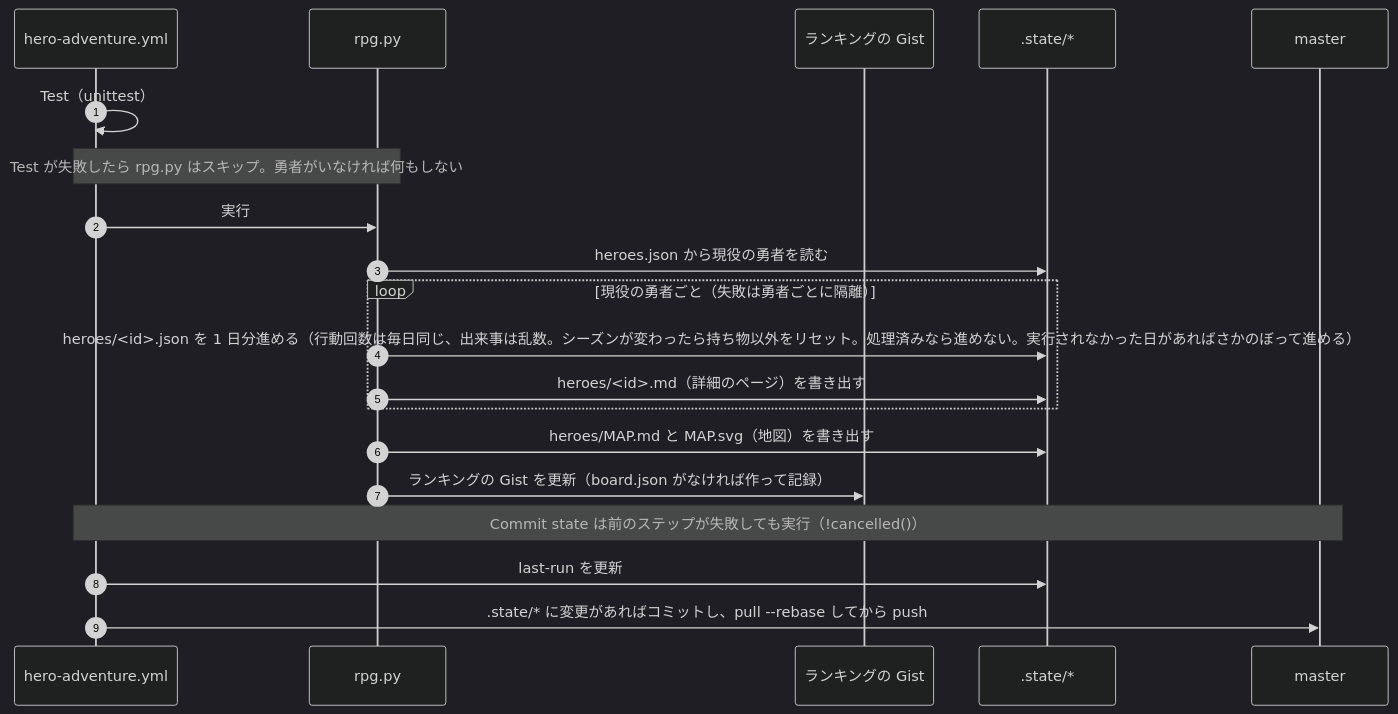
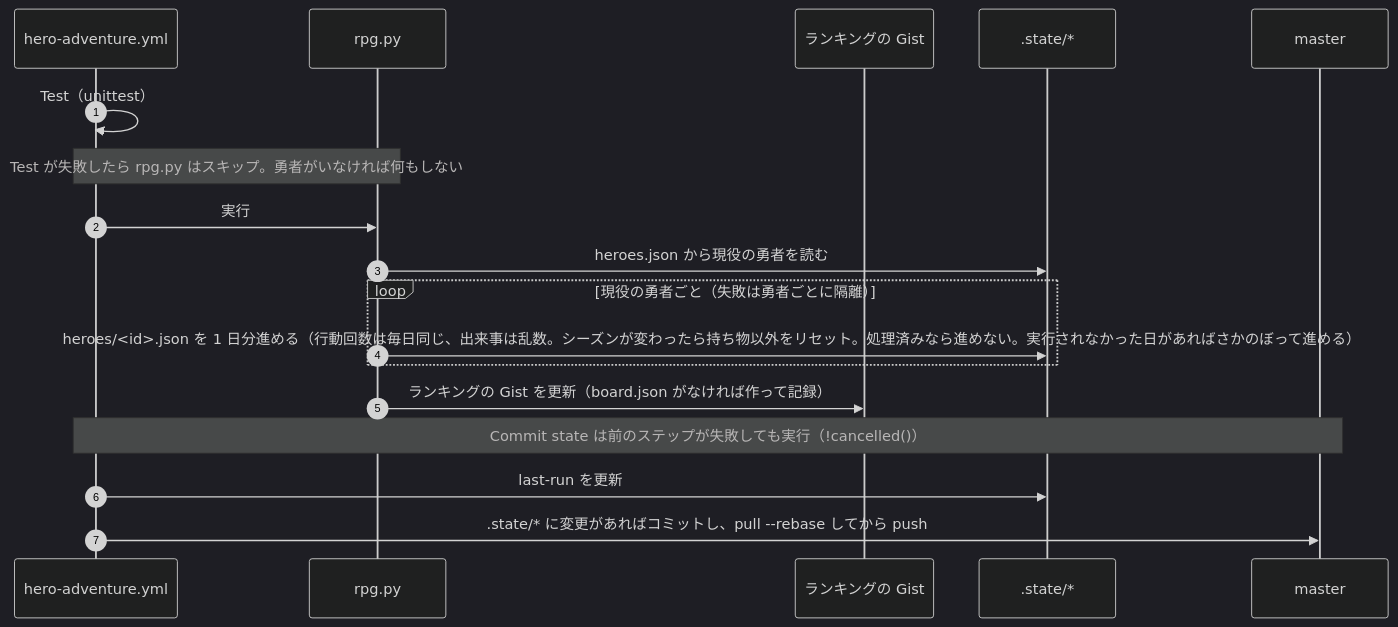
Before and after one commit to ot-nemoto/cryepis: the second of 3 diagrams in docs/DATA_FLOW.md, drawn with Mermaid (dark theme). The commit also changed other lines of this file and 10 other files, not shown here.

First line of the commit message:
feat: heroes/ の詳細のページと地図をリポジトリに保存するのをやめ、サイトだけにする

````diff
--- a/docs/DATA_FLOW.md
+++ b/docs/DATA_FLOW.md
@@ -74,23 +72,21 @@
 ```mermaid
 sequenceDiagram
     autonumber
     participant WF as hero-adventure.yml
     participant RP as rpg.py
     participant G as ランキングの Gist
     participant S as .state/*
     participant M as master
 
     WF->>WF: Test（unittest）
     Note over WF,RP: Test が失敗したら rpg.py はスキップ。勇者がいなければ何もしない
     WF->>RP: 実行
     RP->>S: heroes.json から現役の勇者を読む
     loop 現役の勇者ごと（失敗は勇者ごとに隔離）
         RP->>S: heroes/<id>.json を 1 日分進める（行動回数は毎日同じ、出来事は乱数。シーズンが変わったら持ち物以外をリセット。処理済みなら進めない。実行されなかった日があればさかのぼって進める）
-        RP->>S: heroes/<id>.md（詳細のページ）を書き出す
     end
-    RP->>S: heroes/MAP.md と MAP.svg（地図）を書き出す
     RP->>G: ランキングの Gist を更新（board.json がなければ作って記録）
     Note over WF,M: Commit state は前のステップが失敗しても実行（!cancelled()）
     WF->>S: last-run を更新
     WF->>M: .state/* に変更があればコミットし、pull --rebase してから push
 ```
````
